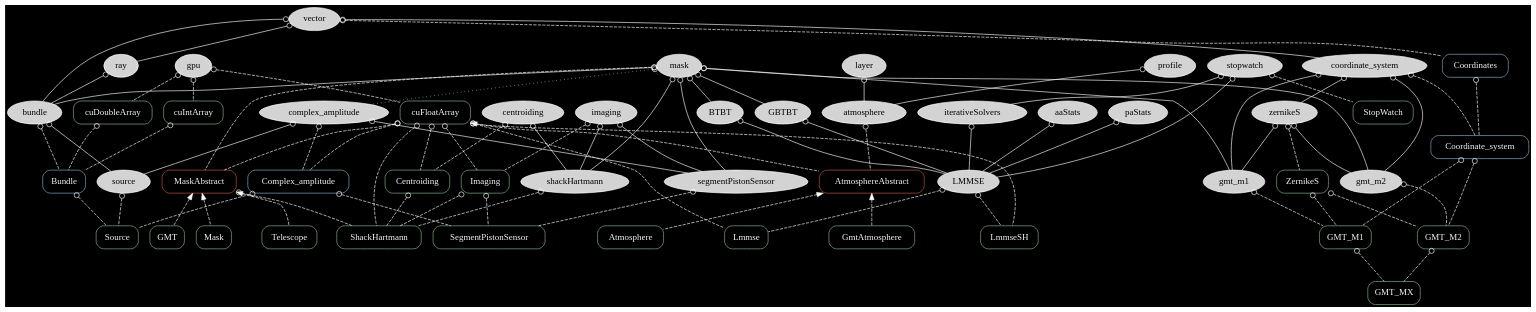
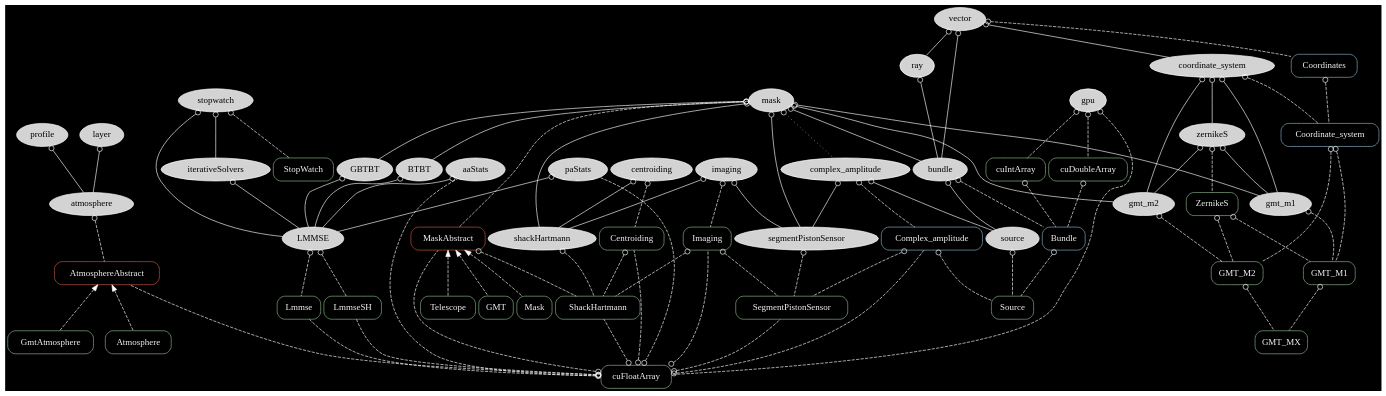
The diagram in graph/ceo.dot (rconan/CEO), drawn with Graphviz before and after one commit. The commit also changed 11 other files, not shown here.

```diff
--- a/graph/ceo.dot
+++ b/graph/ceo.dot
@@ -1,129 +1,134 @@
 digraph {
 overlap=false
 splines=true
 bgcolor = black
 node[style=filled,fillcolor=lightgray,color=white];
 edge[arrowtail=odot,dir=back,color=white];
 
 mask -> shackHartmann;
 imaging -> shackHartmann;
 centroiding -> shackHartmann;
 bundle -> source;
 
 coordinate_system -> zernikeS;
 coordinate_system -> gmt_m1;
 coordinate_system -> gmt_m2
 
 mask -> gmt_m1;
 mask -> gmt_m2;
 
 zernikeS -> gmt_m1;
 zernikeS -> gmt_m2;
 
 vector -> coordinate_system;
 vector -> bundle;
 
 mask -> bundle;
 ray -> bundle;
 vector -> ray;
 complex_amplitude -> source;
 
 layer -> atmosphere;
 profile -> atmosphere;
 
 mask -> BTBT;
 mask -> GBTBT;
 aaStats -> LMMSE;
 paStats -> LMMSE;
 BTBT -> LMMSE;
 GBTBT -> LMMSE;
 iterativeSolvers -> LMMSE;
 stopwatch -> LMMSE;
 stopwatch -> iterativeSolvers;
 
 gpu;
 
 complex_amplitude -> segmentPistonSensor;
 mask -> segmentPistonSensor;
 imaging -> segmentPistonSensor;
 
 edge[style=dotted,color=white]
 mask -> complex_amplitude;
 
 node[color=darkseagreen,style=rounded,shape=box,fontcolor=whitesmoke];
 edge[style=dashed,color=white]
 
 centroiding -> Centroiding;
 imaging -> Imaging;
 cuFloatArray -> Imaging;
 cuFloatArray -> Centroiding;
 
 source -> Source;
 Complex_amplitude[color=lightskyblue3];
 complex_amplitude -> Complex_amplitude;
 cuFloatArray -> Complex_amplitude;
 Bundle[color=lightskyblue3];
 bundle -> Bundle;
 cuDoubleArray -> Bundle;
 cuIntArray -> Bundle;
 Complex_amplitude -> Source[label="wavefront"];
 Bundle -> Source[label="rays"];
 
 shackHartmann -> ShackHartmann;
 MaskAbstract -> ShackHartmann;
 cuFloatArray -> ShackHartmann
 Imaging -> ShackHartmann;
 Centroiding -> ShackHartmann;
 
 segmentPistonSensor -> SegmentPistonSensor;
+cuFloatArray -> SegmentPistonSensor;
 
 gmt_m1 -> GMT_M1;
 gmt_m2 -> GMT_M2;
 ZernikeS;
 zernikeS -> ZernikeS;
 ZernikeS -> GMT_M1;
 ZernikeS -> GMT_M2;
 GMT_M1 -> GMT_MX[label="M1"];
 GMT_M2 -> GMT_MX[label="M2"];
 Coordinate_system[color=lightskyblue3];
 coordinate_system -> Coordinate_system;
 Coordinate_system -> GMT_M1;
 Coordinate_system -> GMT_M2;
 Coordinates[color=lightskyblue3];
 Coordinates -> Coordinate_system;
 vector -> Coordinates;
 
 AtmosphereAbstract[color=coral3];
 atmosphere -> AtmosphereAbstract;
 
 MaskAbstract[color=coral3]
 mask -> MaskAbstract;
 cuFloatArray -> MaskAbstract;
 Complex_amplitude -> SegmentPistonSensor;
 Imaging -> SegmentPistonSensor;
 
 stopwatch -> StopWatch;
 
 gpu -> cuFloatArray;
 gpu -> cuIntArray;
 gpu -> cuDoubleArray;
 LMMSE -> Lmmse;
 LMMSE -> LmmseSH;
 cuFloatArray -> Lmmse;
 cuFloatArray -> LmmseSH;
+cuFloatArray -> AtmosphereAbstract;
+cuFloatArray -> aaStats
+cuFloatArray -> paStats
 
 edge[dir=back,arrowtail=normal];
 
 AtmosphereAbstract -> Atmosphere;
 AtmosphereAbstract -> GmtAtmosphere;
-cuFloatArray -> AtmosphereAbstract;
 
 MaskAbstract -> Mask;
 MaskAbstract -> Telescope;
 MaskAbstract -> GMT;
 
 #{rank = source; mask;}
 #{rank = same; gpu; vector; MaskAbstract;}
 #{rank = same; Source; ShackHartmann}
-#{rank=same; stopwatch; LMMSE;}
+#{rank=same; stopwatch; StopWatch;}
+{rank = sink; cuFloatArray;}
+#{rank = same; cuFloatArray; MaskAbstract;}
 }
```
